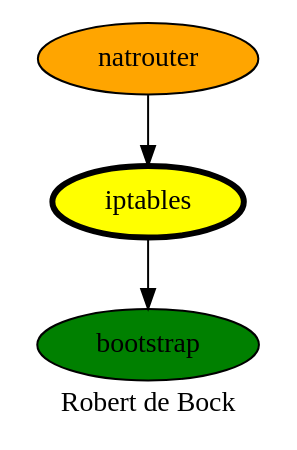
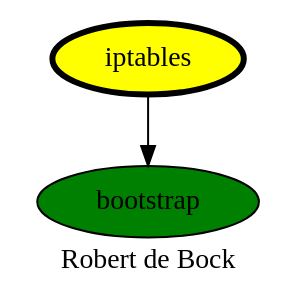
One commit to robertdebock/drawings changed the diagram in iptables.dot. Above: the diagram before and after it, drawn with Graphviz. The commit also changed 12 other files, not shown here.

```diff
--- a/iptables.dot
+++ b/iptables.dot
@@ -1,11 +1,9 @@
 digraph PhiloDilemma {
   label = "Robert de Bock" ;
   overlap=false
   {
     bootstrap [fillcolor=green style=filled]
     iptables [fillcolor=yellow style=filled penwidth=3]
-    natrouter [fillcolor=orange style=filled]
   }
   iptables -> bootstrap
-  natrouter -> iptables
 }
```
